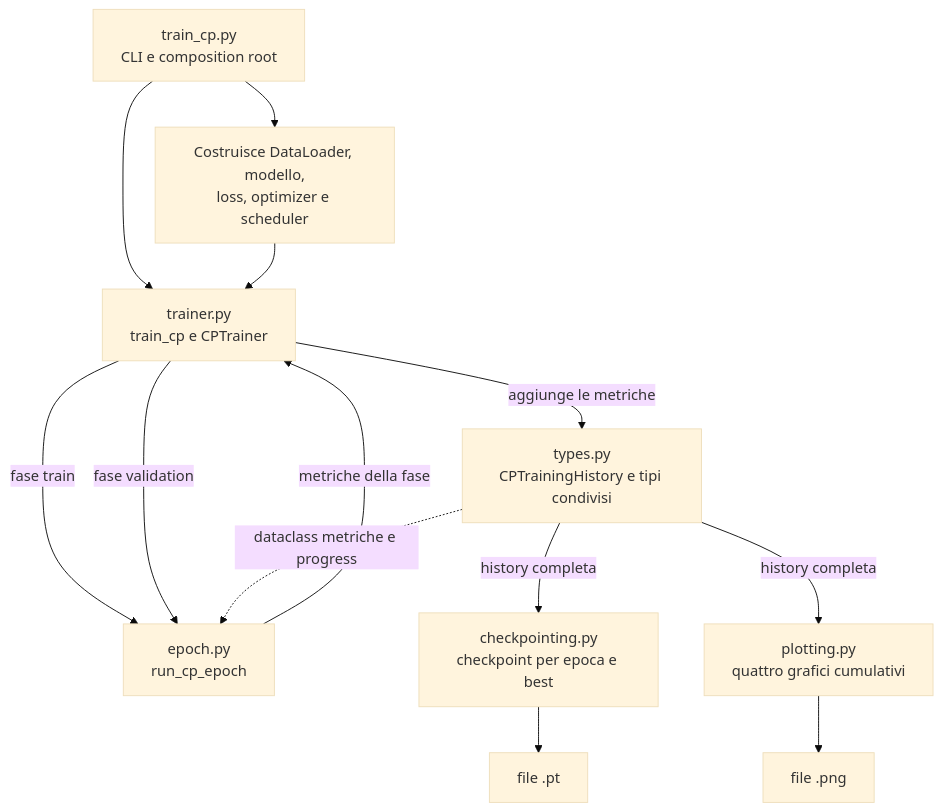
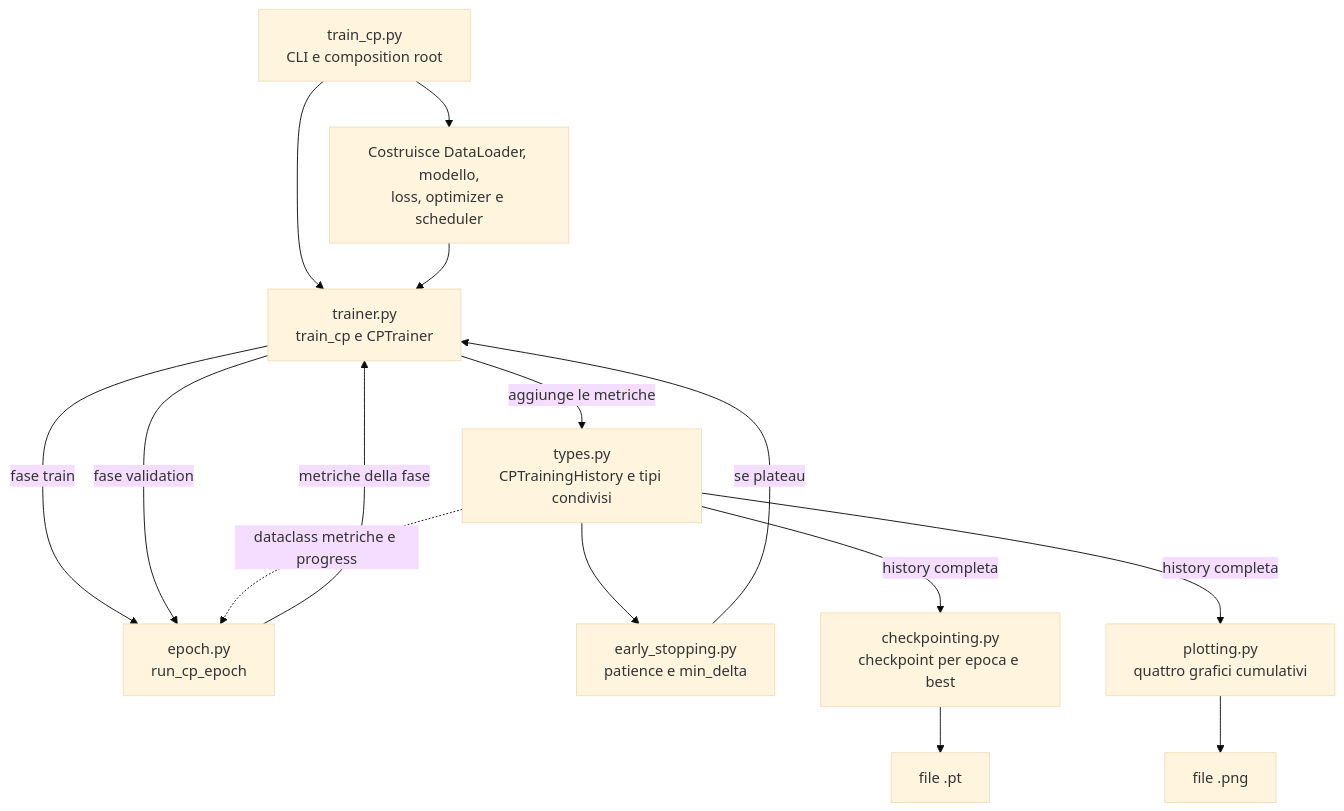
The second of 2 diagrams in training/cp/README.md (FlorindoDev/OutfitTransformer), drawn with Mermaid (base theme) before and after one commit. The commit also changed other lines of this file and 2 other files, not shown here.

````diff
--- a/training/cp/README.md
+++ b/training/cp/README.md
@@ -373,19 +482,21 @@
 ```mermaid
 flowchart TD
     CLI["train_cp.py<br/>CLI e composition root"] --> BUILD["Costruisce DataLoader, modello,<br/>loss, optimizer e scheduler"]
     CLI --> TRAINER["trainer.py<br/>train_cp e CPTrainer"]
     BUILD --> TRAINER
 
     TRAINER -->|fase train| EPOCH["epoch.py<br/>run_cp_epoch"]
     TRAINER -->|fase validation| EPOCH
     EPOCH -->|metriche della fase| TRAINER
 
     TRAINER -->|aggiunge le metriche| TYPES["types.py<br/>CPTrainingHistory e tipi condivisi"]
+    TYPES --> EARLY["early_stopping.py<br/>patience e min_delta"]
+    EARLY -->|se plateau| TRAINER
     TYPES -->|history completa| CHECKPOINT["checkpointing.py<br/>checkpoint per epoca e best"]
     TYPES -->|history completa| PLOT["plotting.py<br/>quattro grafici cumulativi"]
 
     CHECKPOINT --> PT["file .pt"]
     PLOT --> PNG["file .png"]
 
     TYPES -.->|dataclass metriche e progress| EPOCH
 ```
````
